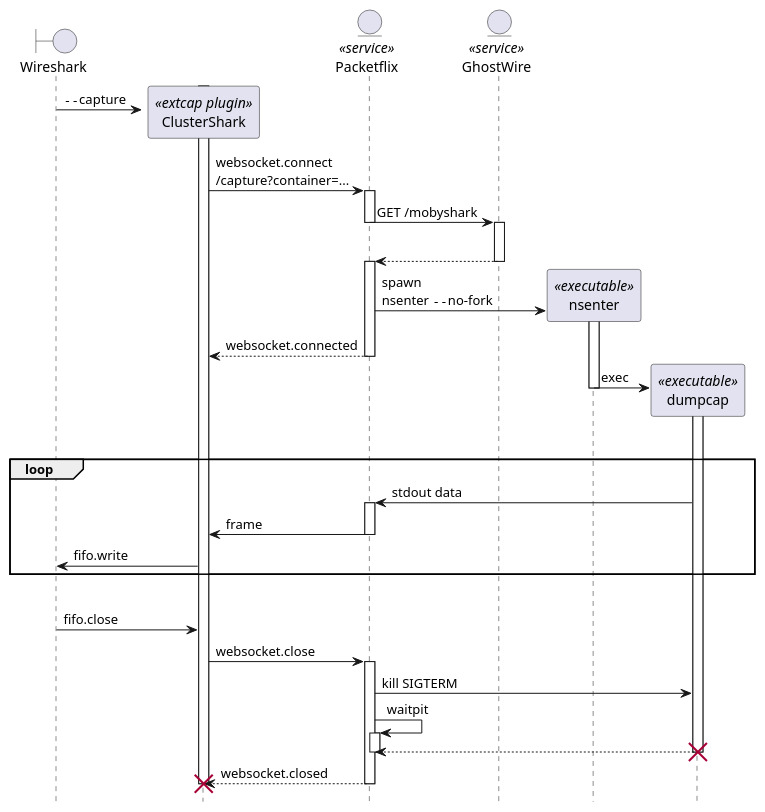
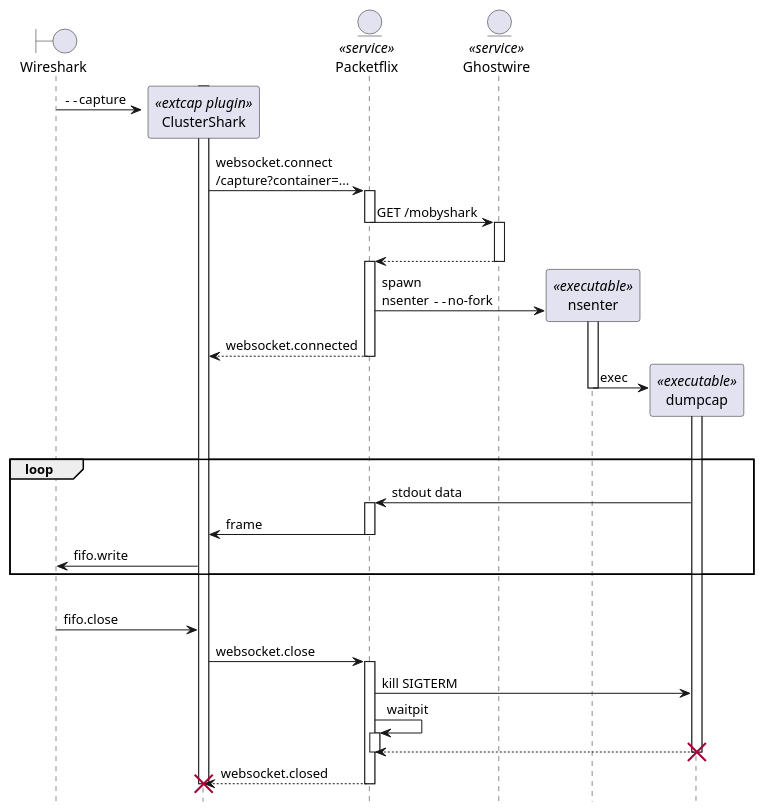
One commit to siemens/packetflix changed the second of 2 diagrams in sequences.md. Above: the diagram before and after it, drawn with PlantUML. The commit also changed other lines of this file and 4 other files, not shown here.

````diff
--- a/sequences.md
+++ b/sequences.md
@@ -87,59 +87,59 @@
 ```plantuml
 hide footbox
 
 boundary Wireshark
 participant ClusterShark <<extcap plugin>>
 activate ClusterShark
 entity Packetflix <<service>>
-entity GhostWire <<service>>
+entity Ghostwire <<service>>
 participant nsenter <<executable>>
 participant dumpcap <<executable>>
 
 create ClusterShark
 Wireshark -> ClusterShark : ""--""capture
 
 ClusterShark -> Packetflix : websocket.connect\n/capture?container=...
 activate Packetflix
-  Packetflix -> GhostWire : GET /mobyshark
+  Packetflix -> Ghostwire : GET /mobyshark
 deactivate Packetflix
-  activate GhostWire
+  activate Ghostwire
   |||
-Packetflix <-- GhostWire
-  deactivate GhostWire
+Packetflix <-- Ghostwire
+  deactivate Ghostwire
 activate Packetflix
   create nsenter
   Packetflix -> nsenter : spawn\nnsenter ""--""no-fork
   activate nsenter
 
 ClusterShark <-- Packetflix : websocket.connected
 deactivate Packetflix
 
     create dumpcap
     nsenter -> dumpcap : exec
     activate dumpcap
   deactivate nsenter
 
 |||
 
 loop
   dumpcap -> Packetflix : stdout data
   activate Packetflix
   Packetflix -> ClusterShark : frame
   deactivate Packetflix
   ClusterShark -> Wireshark : fifo.write
 end
 
 |||
 
 Wireshark -> ClusterShark : fifo.close
 ClusterShark -> Packetflix : websocket.close
 activate Packetflix
   Packetflix -> dumpcap : kill SIGTERM
   Packetflix -> Packetflix : waitpit
   activate Packetflix
     Packetflix <-- dumpcap
   deactivate Packetflix
   destroy dumpcap
 return websocket.closed
 destroy ClusterShark
 ```
````
